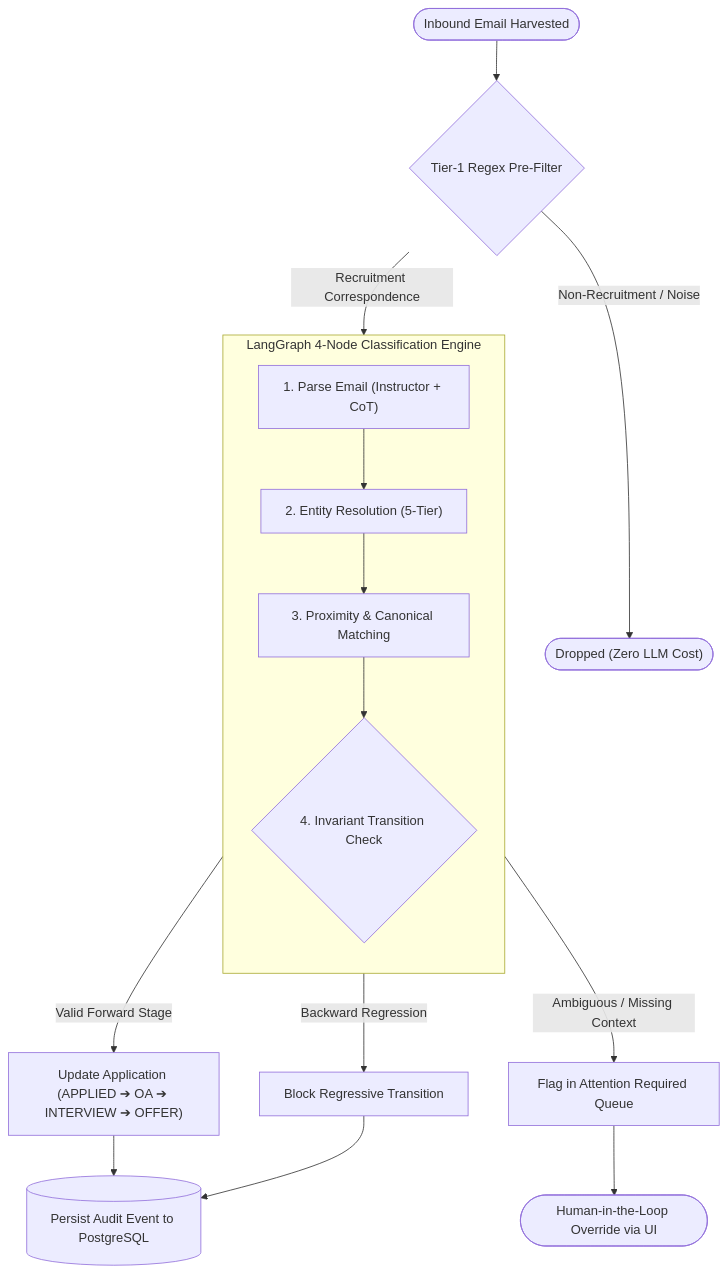
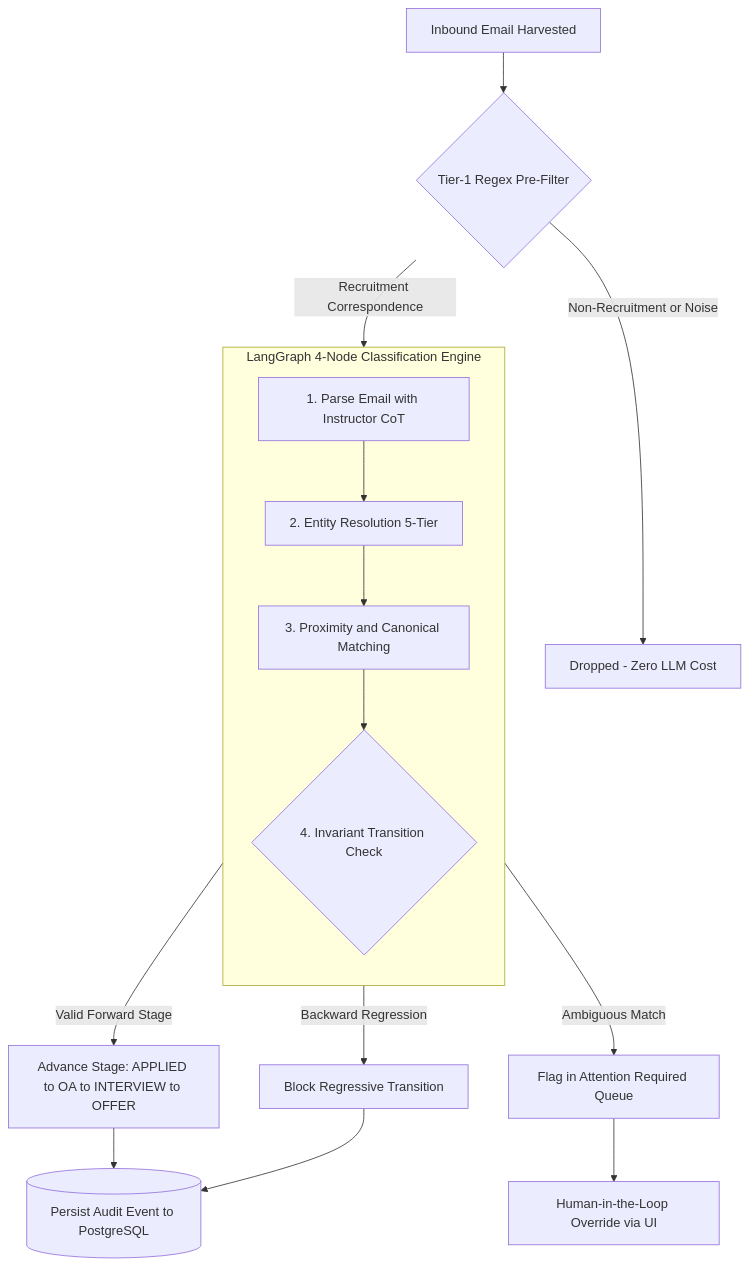
The second of 3 diagrams in README.md (subham3604/applied), drawn with Mermaid before and after one commit. The commit also changed other lines of this file, not shown here.

Commit message:
fix(readme): remove parentheses from Mermaid edge labels to fix parser error

````diff
--- a/README.md
+++ b/README.md
@@ -119,25 +119,25 @@
 ```mermaid
 flowchart TD
-    Start(["Inbound Email Harvested"]) --> Regex{"Tier-1 Regex Pre-Filter"}
+    Start["Inbound Email Harvested"] --> Regex{"Tier-1 Regex Pre-Filter"}
     
-    Regex -->|Non-Recruitment / Noise| Dropped(["Dropped (Zero LLM Cost)"])
+    Regex -->|Non-Recruitment or Noise| Dropped["Dropped - Zero LLM Cost"]
     Regex -->|Recruitment Correspondence| LangGraph
 
     subgraph LangGraph ["LangGraph 4-Node Classification Engine"]
         direction TB
-        Node1["1. Parse Email (Instructor + CoT)"]
-        Node2["2. Entity Resolution (5-Tier)"]
-        Node3["3. Proximity & Canonical Matching"]
+        Node1["1. Parse Email with Instructor CoT"]
+        Node2["2. Entity Resolution 5-Tier"]
+        Node3["3. Proximity and Canonical Matching"]
         Node4{"4. Invariant Transition Check"}
 
         Node1 --> Node2 --> Node3 --> Node4
     end
 
-    Node4 -->|Valid Forward Stage| StateAdvanced["Update Application (APPLIED ➔ OA ➔ INTERVIEW ➔ OFFER)"]
-    Node4 -->|Ambiguous / Missing Context| Attention["Flag in Attention Required Queue"]
+    Node4 -->|Valid Forward Stage| StateAdvanced["Advance Stage: APPLIED to OA to INTERVIEW to OFFER"]
+    Node4 -->|Ambiguous Match| Attention["Flag in Attention Required Queue"]
     Node4 -->|Backward Regression| Blocked["Block Regressive Transition"]
 
     StateAdvanced --> Audit[("Persist Audit Event to PostgreSQL")]
-    Attention --> HumanReview(["Human-in-the-Loop Override via UI"])
+    Attention --> HumanReview["Human-in-the-Loop Override via UI"]
     Blocked --> Audit
 ```
````
